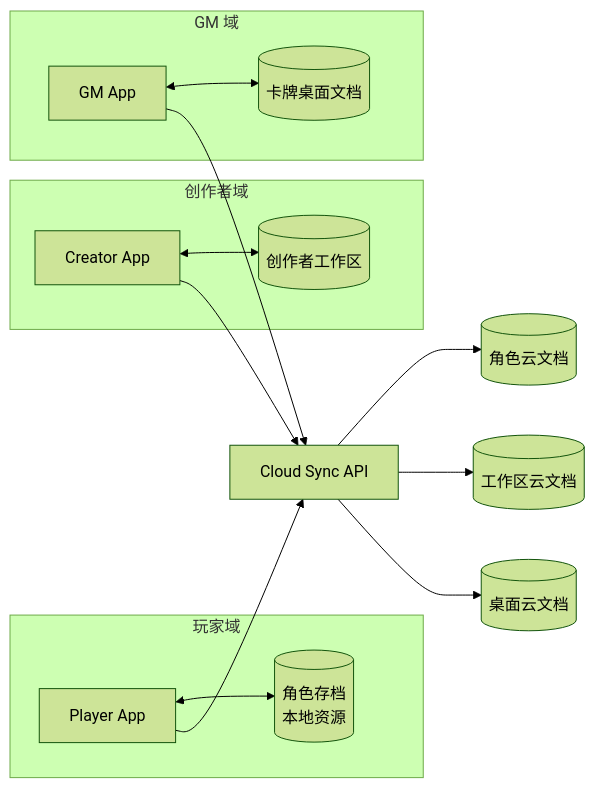
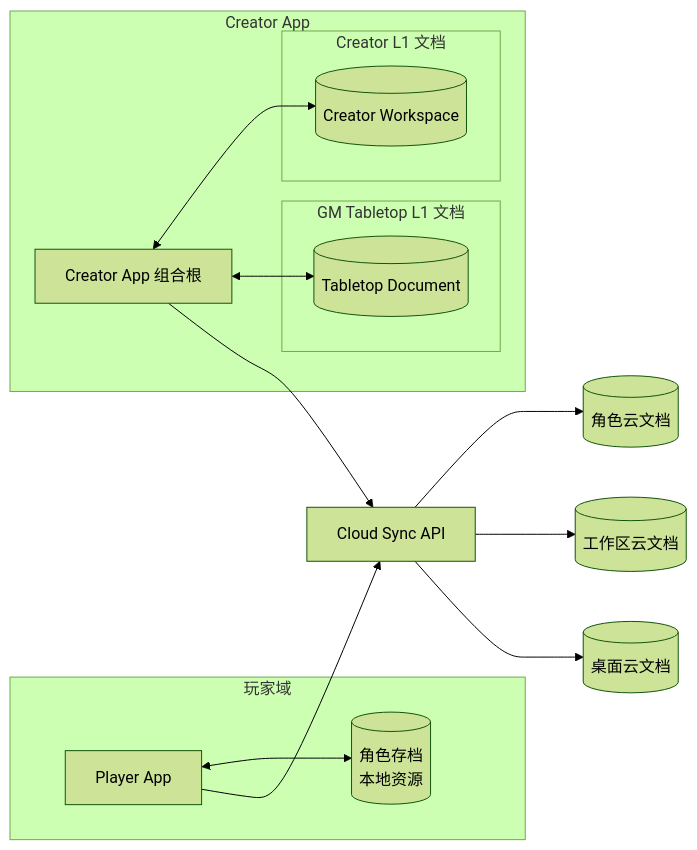
Before and after one commit to ZZZZzzzzac/PbDH: the fifth of 8 diagrams in docs/c4.md, drawn with Mermaid (forest theme). The commit also changed other lines of this file and 26 other files, not shown here.

````diff
--- a/docs/c4.md
+++ b/docs/c4.md
@@ -88,22 +87,25 @@
 ```mermaid
 flowchart LR
     subgraph playerDomain["玩家域"]
         playerApp["Player App"] <--> playerLocal[("角色存档<br/>本地资源")]
     end
 
-    subgraph creatorDomain["创作者域"]
-        creatorApp["Creator App"] <--> creatorLocal[("创作者工作区")]
-    end
-
-    subgraph gmDomain["GM 域"]
-        gmApp["GM App"] <--> gmLocal[("卡牌桌面文档")]
+    subgraph creatorContainer["Creator App"]
+        creatorApp["Creator App 组合根"]
+        subgraph creatorDomain["Creator L1 文档"]
+            creatorLocal[("Creator Workspace")]
+        end
+        subgraph gmDomain["GM Tabletop L1 文档"]
+            gmLocal[("Tabletop Document")]
+        end
+        creatorApp <--> creatorLocal
+        creatorApp <--> gmLocal
     end
 
     playerApp --> sync["Cloud Sync API"]
     creatorApp --> sync
-    gmApp --> sync
 
     sync --> playerCloud[("角色云文档")]
     sync --> creatorCloud[("工作区云文档")]
     sync --> gmCloud[("桌面云文档")]
 ```
````
